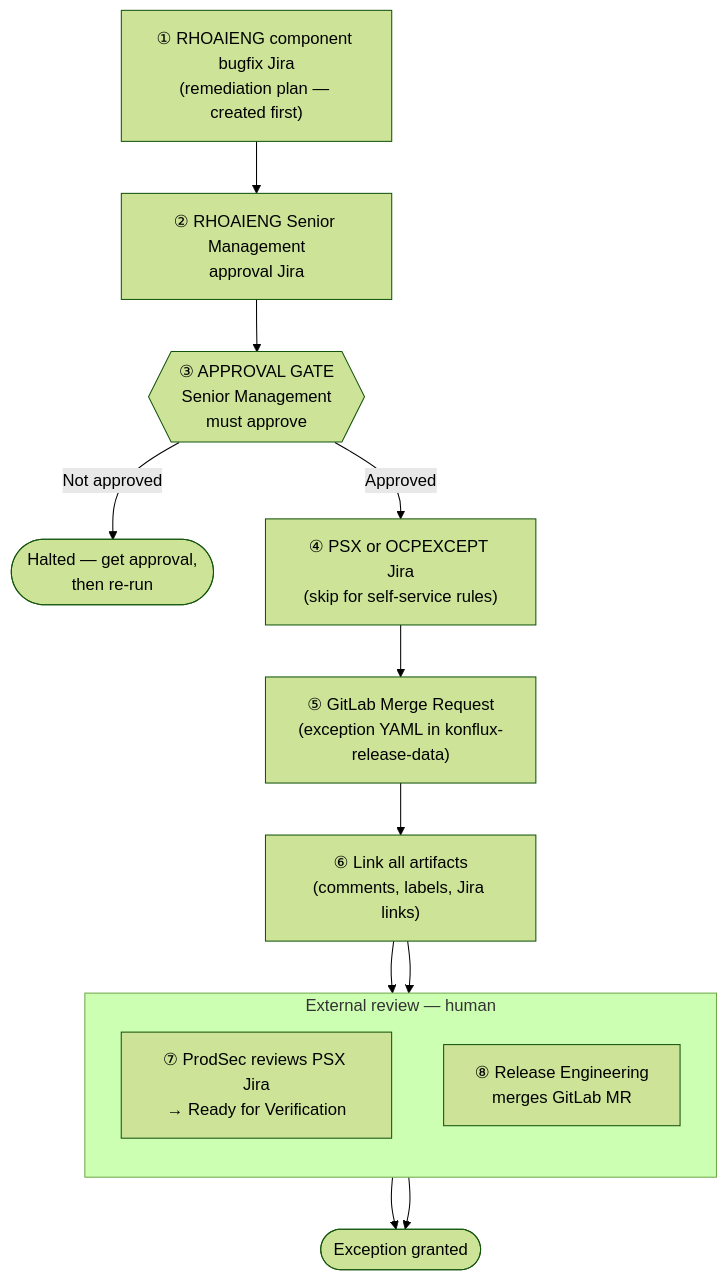
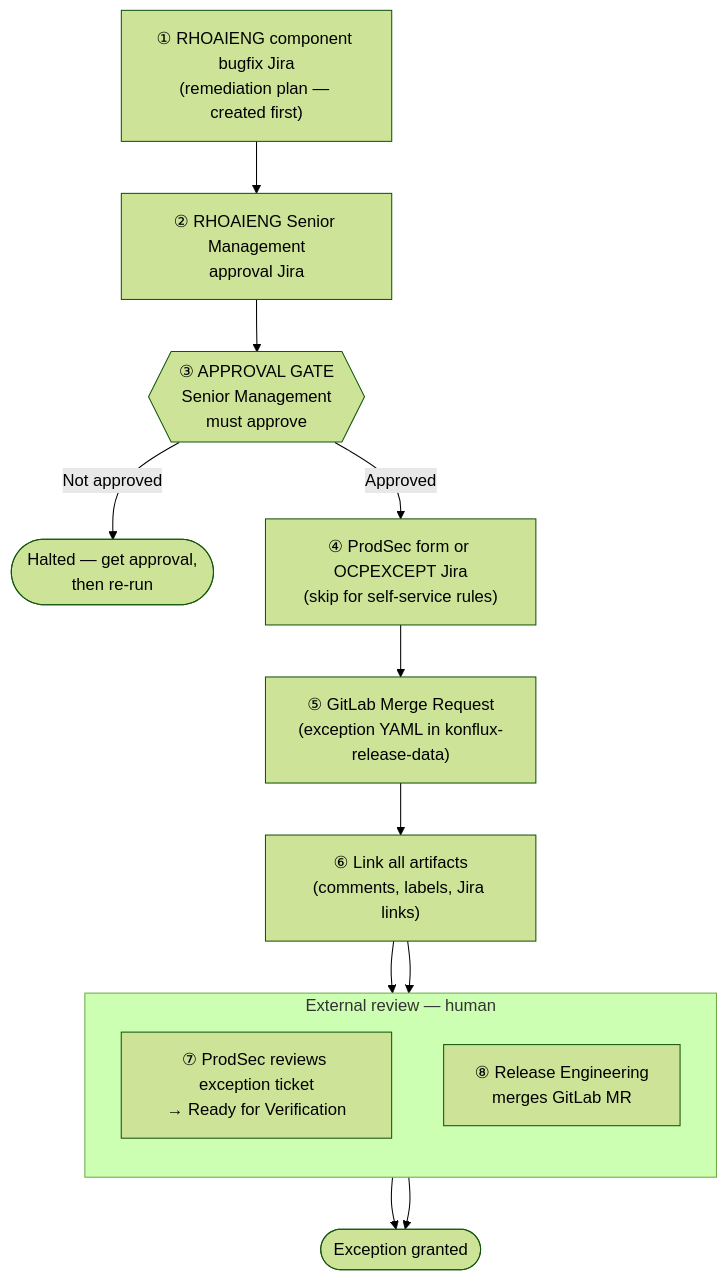
The second of 2 diagrams in skills/conforma-exception/SKILL.md (opendatahub-io/aiops-infra), drawn with Mermaid (forest theme) before and after one commit. The commit also changed other lines of this file and 29 other files, not shown here.

````diff
--- a/skills/conforma-exception/SKILL.md
+++ b/skills/conforma-exception/SKILL.md
@@ -276,30 +303,30 @@
 ```mermaid
 flowchart TD
     Step1["① RHOAIENG component bugfix Jira\n(remediation plan — created first)"]
     Step2["② RHOAIENG Senior Management\napproval Jira"]
     Step3{{"③ APPROVAL GATE\nSenior Management\nmust approve"}}
     Halt([Halted — get approval,\nthen re-run])
-    Step4["④ PSX or OCPEXCEPT Jira\n(skip for self-service rules)"]
+    Step4["④ ProdSec form or OCPEXCEPT Jira\n(skip for self-service rules)"]
     Step5["⑤ GitLab Merge Request\n(exception YAML in konflux-release-data)"]
     Step6["⑥ Link all artifacts\n(comments, labels, Jira links)"]
 
     Step1 --> Step2
     Step2 --> Step3
     Step3 -->|Not approved| Halt
     Step3 -->|Approved| Step4
     Step4 --> Step5
     Step5 --> Step6
 
     subgraph Review [External review — human]
         direction TB
-        Step7["⑦ ProdSec reviews PSX Jira\n→ Ready for Verification"]
+        Step7["⑦ ProdSec reviews exception ticket\n→ Ready for Verification"]
         Step8["⑧ Release Engineering\nmerges GitLab MR"]
     end
 
     Step6 --> Step7
     Step6 --> Step8
     Step7 --> Granted
     Step8 --> Granted
 
     Granted([Exception granted])
 ```
````
